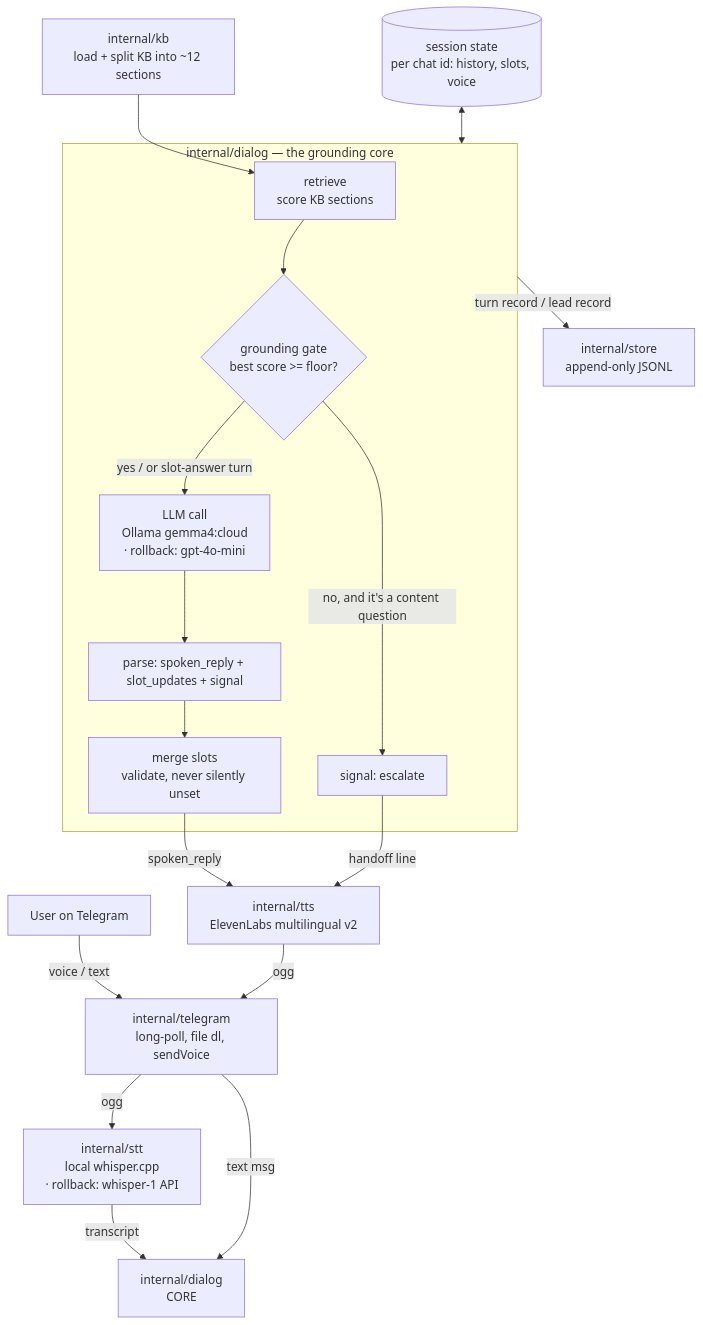
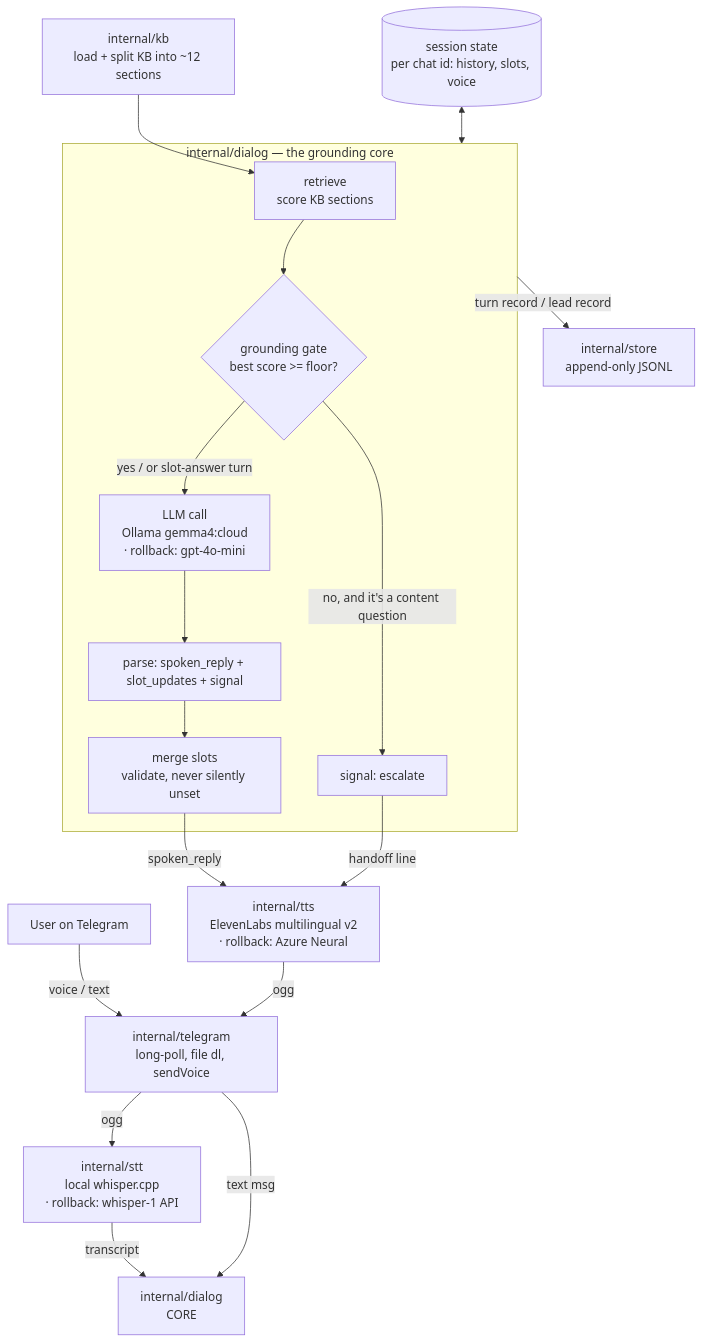
One commit to valpere/v2v-demo changed the diagram in docs/architecture.md. Above: the diagram before and after it, drawn with Mermaid. The commit also changed other lines of this file and 4 other files, not shown here.

First line of the commit message:
D-15: TTS = ElevenLabs primary + Azure Neural rollback (TTS_BACKEND)

````diff
--- a/docs/architecture.md
+++ b/docs/architecture.md
@@ -31,23 +32,23 @@
 ```mermaid
 flowchart TD
     U[User on Telegram] -->|voice / text| TG[internal/telegram\nlong-poll, file dl, sendVoice]
     TG -->|ogg| STT[internal/stt\nlocal whisper.cpp\n· rollback: whisper-1 API]
     STT -->|transcript| D[internal/dialog\nCORE]
     TG -->|text msg| D
 
     subgraph CORE [internal/dialog — the grounding core]
         R[retrieve\nscore KB sections] --> G{grounding gate\nbest score >= floor?}
         G -->|no, and it's a content question| ESC[signal: escalate]
         G -->|yes / or slot-answer turn| LLM[LLM call\nOllama gemma4:cloud\n· rollback: gpt-4o-mini]
         LLM --> P[parse: spoken_reply + slot_updates + signal]
         P --> M[merge slots\nvalidate, never silently unset]
     end
 
     KB[internal/kb\nload + split KB into ~12 sections] --> R
     S[(session state\nper chat id: history, slots, voice)] <--> CORE
 
-    M -->|spoken_reply| TTS[internal/tts\nElevenLabs multilingual v2]
+    M -->|spoken_reply| TTS[internal/tts\nElevenLabs multilingual v2\n· rollback: Azure Neural]
     ESC -->|handoff line| TTS
     TTS -->|ogg| TG
     CORE -->|turn record / lead record| LOG[internal/store\nappend-only JSONL]
 ```
````
